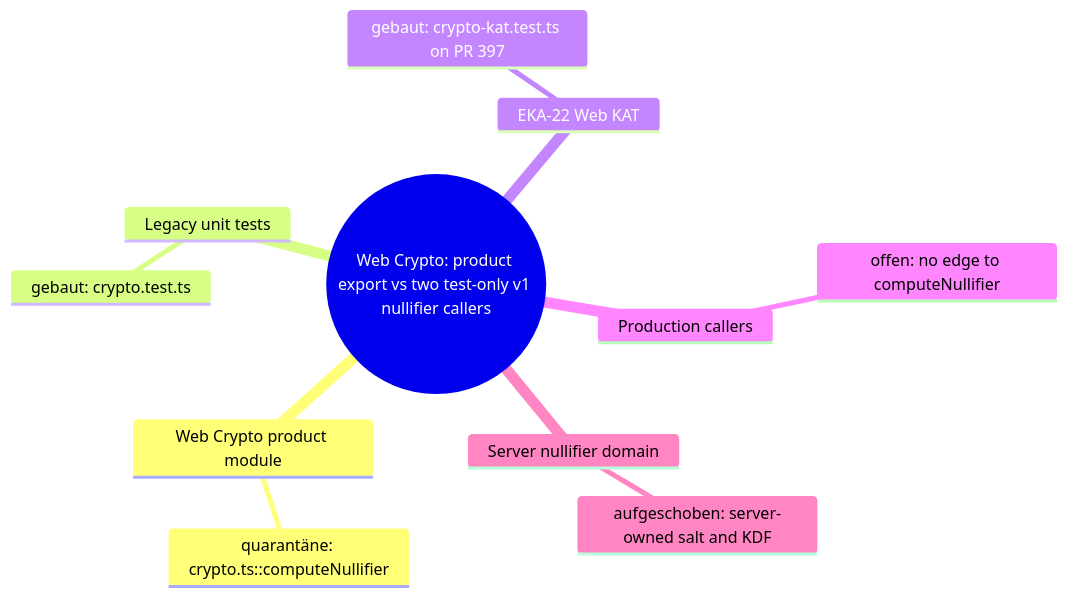
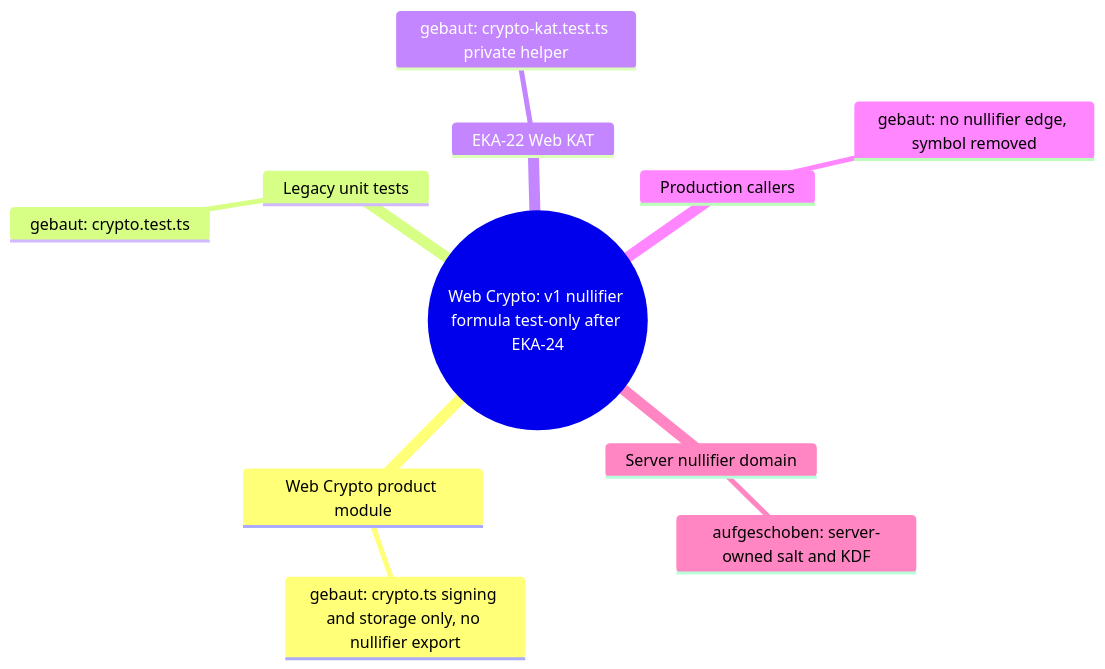
The fifth of 5 diagrams in docs/architecture/MAP.md (NeaBouli/pnyx), drawn with Mermaid before and after one commit. The commit also changed other lines of this file and 9 other files, not shown here.

First line of the commit message:
docs(EKA-24): map after-state, fixture note, current base (Codex review #406)

````diff
--- a/docs/architecture/MAP.md
+++ b/docs/architecture/MAP.md
@@ -700,14 +701,14 @@
 ```mermaid
 mindmap
-  root((Web Crypto: product export vs two test-only v1 nullifier callers))
+  root((Web Crypto: v1 nullifier formula test-only after EKA-24))
     Web Crypto product module
-      quarantäne: crypto.ts::computeNullifier
+      gebaut: crypto.ts signing and storage only, no nullifier export
     Legacy unit tests
       gebaut: crypto.test.ts
     EKA-22 Web KAT
-      gebaut: crypto-kat.test.ts on PR 397
+      gebaut: crypto-kat.test.ts private helper
     Production callers
-      offen: no edge to computeNullifier
+      gebaut: no nullifier edge, symbol removed
     Server nullifier domain
       aufgeschoben: server-owned salt and KDF
 ```
````
